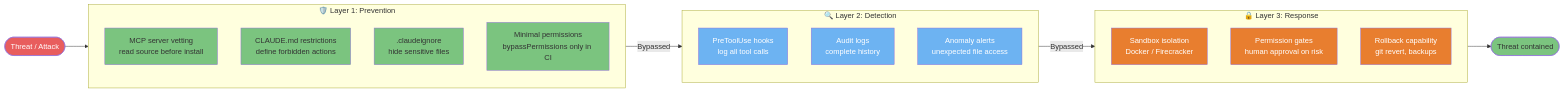
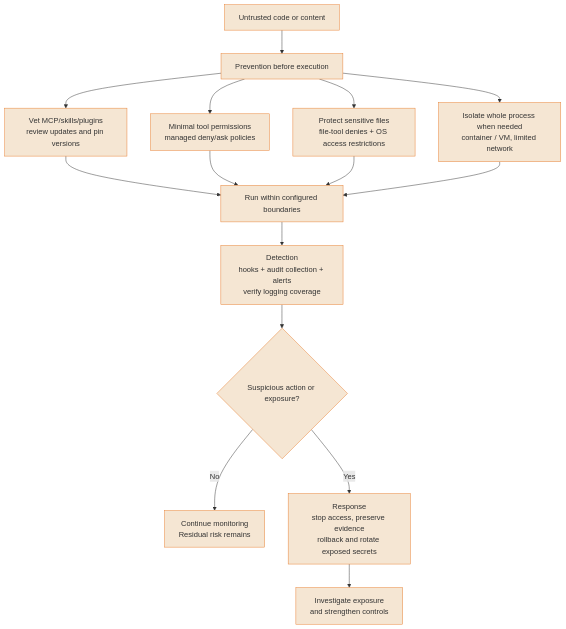
Before and after one commit to FlorianBruniaux/claude-code-ultimate-guide: the first of 4 diagrams in guide/diagrams/08-security-and-production.md, drawn with Mermaid. The commit also changed other lines of this file and 17 other files, not shown here.

Commit message:
docs: refresh all diagrams and correct their source guidance

````diff
--- a/guide/diagrams/08-security-and-production.md
+++ b/guide/diagrams/08-security-and-production.md
@@ -17,53 +17,30 @@
 ```mermaid
-flowchart LR
-    THREAT([Threat / Attack]) --> L1
-
-    subgraph L1["🛡️ Layer 1: Prevention"]
-        P1[MCP server vetting<br/>read source before install]
-        P2[CLAUDE.md restrictions<br/>define forbidden actions]
-        P3[.claudeignore<br/>hide sensitive files]
-        P4[Minimal permissions<br/>bypassPermissions only in CI]
-    end
-
-    subgraph L2["🔍 Layer 2: Detection"]
-        D1[PreToolUse hooks<br/>log all tool calls]
-        D2[Audit logs<br/>complete history]
-        D3[Anomaly alerts<br/>unexpected file access]
-    end
-
-    subgraph L3["🔒 Layer 3: Response"]
-        R1[Sandbox isolation<br/>Docker / Firecracker]
-        R2[Permission gates<br/>human approval on risk]
-        R3[Rollback capability<br/>git revert, backups]
-    end
-
-    L1 -->|Bypassed| L2
-    L2 -->|Bypassed| L3
-    L3 --> BLOCKED([Threat contained])
-
-    style THREAT fill:#E85D5D,color:#fff
-    style P1 fill:#7BC47F,color:#333
-    style P2 fill:#7BC47F,color:#333
-    style P3 fill:#7BC47F,color:#333
-    style P4 fill:#7BC47F,color:#333
-    style D1 fill:#6DB3F2,color:#fff
-    style D2 fill:#6DB3F2,color:#fff
-    style D3 fill:#6DB3F2,color:#fff
-    style R1 fill:#E87E2F,color:#fff
-    style R2 fill:#E87E2F,color:#fff
-    style R3 fill:#E87E2F,color:#fff
-    style BLOCKED fill:#7BC47F,color:#333
-
-    click THREAT href "https://github.com/FlorianBruniaux/claude-code-ultimate-guide/blob/main/guide/security/security-hardening.md" "Threat / Attack"
-    click P1 href "https://github.com/FlorianBruniaux/claude-code-ultimate-guide/blob/main/guide/security/security-hardening.md#part-1-prevention-before-you-start" "MCP server vetting"
-    click P2 href "https://github.com/FlorianBruniaux/claude-code-ultimate-guide/blob/main/guide/security/security-hardening.md#part-1-prevention-before-you-start" "CLAUDE.md restrictions"
-    click P3 href "https://github.com/FlorianBruniaux/claude-code-ultimate-guide/blob/main/guide/security/security-hardening.md#part-1-prevention-before-you-start" ".claudeignore"
-    click P4 href "https://github.com/FlorianBruniaux/claude-code-ultimate-guide/blob/main/guide/security/security-hardening.md#part-1-prevention-before-you-start" "Minimal permissions"
-    click D1 href "https://github.com/FlorianBruniaux/claude-code-ultimate-guide/blob/main/guide/security/security-hardening.md#part-2-detection-while-you-work" "PreToolUse hooks"
-    click D2 href "https://github.com/FlorianBruniaux/claude-code-ultimate-guide/blob/main/guide/security/security-hardening.md#part-2-detection-while-you-work" "Audit logs"
-    click D3 href "https://github.com/FlorianBruniaux/claude-code-ultimate-guide/blob/main/guide/security/security-hardening.md#part-2-detection-while-you-work" "Anomaly alerts"
-    click R1 href "https://github.com/FlorianBruniaux/claude-code-ultimate-guide/blob/main/guide/security/security-hardening.md#part-3-response-when-things-go-wrong" "Sandbox isolation"
-    click R2 href "https://github.com/FlorianBruniaux/claude-code-ultimate-guide/blob/main/guide/security/security-hardening.md#part-3-response-when-things-go-wrong" "Permission gates"
-    click R3 href "https://github.com/FlorianBruniaux/claude-code-ultimate-guide/blob/main/guide/security/security-hardening.md#part-3-response-when-things-go-wrong" "Rollback capability"
-    click BLOCKED href "https://github.com/FlorianBruniaux/claude-code-ultimate-guide/blob/main/guide/security/security-hardening.md" "Threat contained"
+flowchart TD
+    THREAT["Untrusted code or content"] --> PREV["Prevention before execution"]
+    PREV --> VET["Vet MCP/skills/plugins<br/>review updates and pin versions"]
+    PREV --> PERM["Minimal tool permissions<br/>managed deny/ask policies"]
+    PREV --> FILES["Protect sensitive files<br/>file-tool denies + OS access restrictions"]
+    PREV --> ISOLATE["Isolate whole process when needed<br/>container / VM, limited network"]
+    VET --> RUN["Run within configured boundaries"]
+    PERM --> RUN
+    FILES --> RUN
+    ISOLATE --> RUN
+    RUN --> DETECT["Detection<br/>hooks + audit collection + alerts<br/>verify logging coverage"]
+    DETECT --> INCIDENT{"Suspicious action or exposure?"}
+    INCIDENT -->|No| CONTINUE["Continue monitoring<br/>Residual risk remains"]
+    INCIDENT -->|Yes| RESP["Response<br/>stop access, preserve evidence<br/>rollback and rotate exposed secrets"]
+    RESP --> REVIEW["Investigate exposure<br/>and strengthen controls"]
+    classDef default fill:#F5E6D3,color:#333,stroke:#E87E2F
+    click THREAT href "https://github.com/FlorianBruniaux/claude-code-ultimate-guide/blob/main/guide/security/security-hardening.md" "View this pattern in the guide"
+    click PREV href "https://github.com/FlorianBruniaux/claude-code-ultimate-guide/blob/main/guide/security/security-hardening.md" "View this pattern in the guide"
+    click VET href "https://github.com/FlorianBruniaux/claude-code-ultimate-guide/blob/main/guide/security/security-hardening.md" "View this pattern in the guide"
+    click PERM href "https://github.com/FlorianBruniaux/claude-code-ultimate-guide/blob/main/guide/security/security-hardening.md" "View this pattern in the guide"
+    click FILES href "https://github.com/FlorianBruniaux/claude-code-ultimate-guide/blob/main/guide/security/security-hardening.md" "View this pattern in the guide"
+    click ISOLATE href "https://github.com/FlorianBruniaux/claude-code-ultimate-guide/blob/main/guide/security/security-hardening.md" "View this pattern in the guide"
+    click RUN href "https://github.com/FlorianBruniaux/claude-code-ultimate-guide/blob/main/guide/security/security-hardening.md" "View this pattern in the guide"
+    click DETECT href "https://github.com/FlorianBruniaux/claude-code-ultimate-guide/blob/main/guide/security/security-hardening.md" "View this pattern in the guide"
+    click INCIDENT href "https://github.com/FlorianBruniaux/claude-code-ultimate-guide/blob/main/guide/security/security-hardening.md" "View this pattern in the guide"
+    click CONTINUE href "https://github.com/FlorianBruniaux/claude-code-ultimate-guide/blob/main/guide/security/security-hardening.md" "View this pattern in the guide"
+    click RESP href "https://github.com/FlorianBruniaux/claude-code-ultimate-guide/blob/main/guide/security/security-hardening.md" "View this pattern in the guide"
+    click REVIEW href "https://github.com/FlorianBruniaux/claude-code-ultimate-guide/blob/main/guide/security/security-hardening.md" "View this pattern in the guide"
 ```
````
